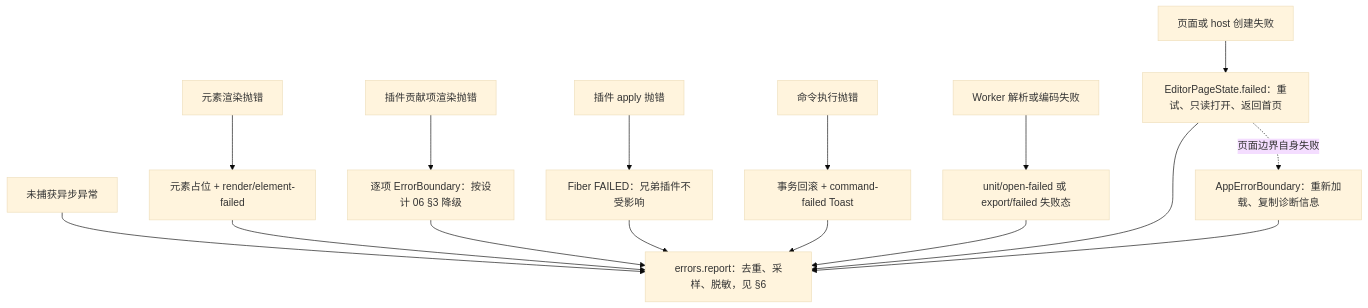
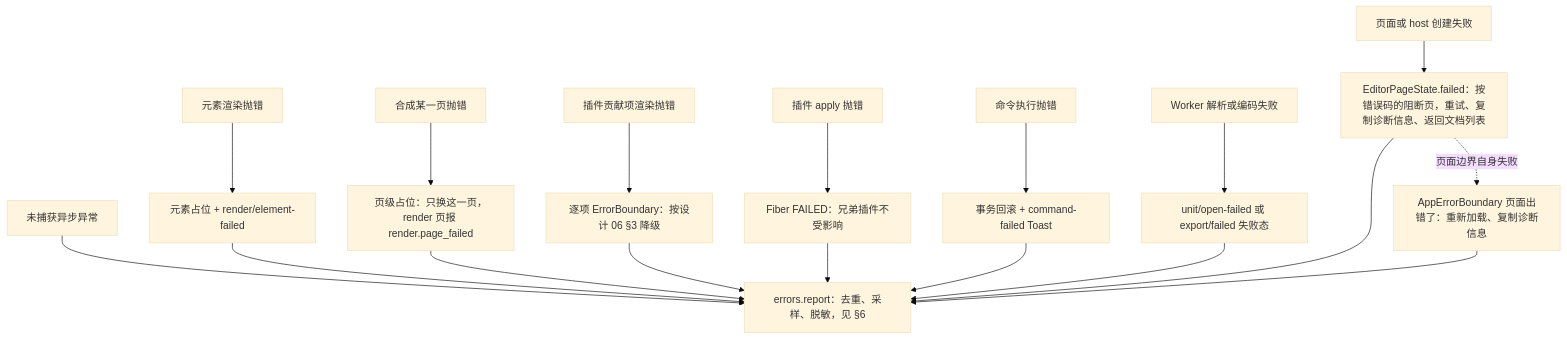
One commit to Xeonice/cordis-ppt-editor changed the third of 5 diagrams in docs/50-frontend/15-events-errors-and-telemetry.md. Above: the diagram before and after it, drawn with Mermaid (base theme). The commit also changed other lines of this file and 25 other files, not shown here.

````diff
--- a/docs/50-frontend/15-events-errors-and-telemetry.md
+++ b/docs/50-frontend/15-events-errors-and-telemetry.md
@@ -223,27 +237,30 @@
 ```mermaid
 flowchart TB
   el["元素渲染抛错"]
+  pg["合成某一页抛错"]
   contrib["插件贡献项渲染抛错"]
   apply["插件 apply 抛错"]
   cmd["命令执行抛错"]
   worker["Worker 解析或编码失败"]
   page["页面或 host 创建失败"]
   unhandled["未捕获异步异常"]
   bEl["元素占位 + render/element-failed"]
+  bPg["页级占位：只换这一页，render 页报 render.page_failed"]
   bContrib["逐项 ErrorBoundary：按设计 06 §3 降级"]
   bFiber["Fiber FAILED：兄弟插件不受影响"]
   bCmd["事务回滚 + command-failed Toast"]
   bWorker["unit/open-failed 或 export/failed 失败态"]
-  bPage["EditorPageState.failed：重试、只读打开、返回首页"]
-  bApp["AppErrorBoundary：重新加载、复制诊断信息"]
+  bPage["EditorPageState.failed：按错误码的阻断页，重试、复制诊断信息、返回文档列表"]
+  bApp["AppErrorBoundary 页面出错了：重新加载、复制诊断信息"]
   report["errors.report：去重、采样、脱敏，见 §6"]
   el --> bEl
+  pg --> bPg
   contrib --> bContrib
   apply --> bFiber
   cmd --> bCmd
   worker --> bWorker
   page --> bPage
   bPage -.->|"页面边界自身失败"| bApp
   unhandled --> report
-  bEl & bContrib & bFiber & bCmd & bWorker & bPage & bApp --> report
+  bEl & bPg & bContrib & bFiber & bCmd & bWorker & bPage & bApp --> report
 ```
````
